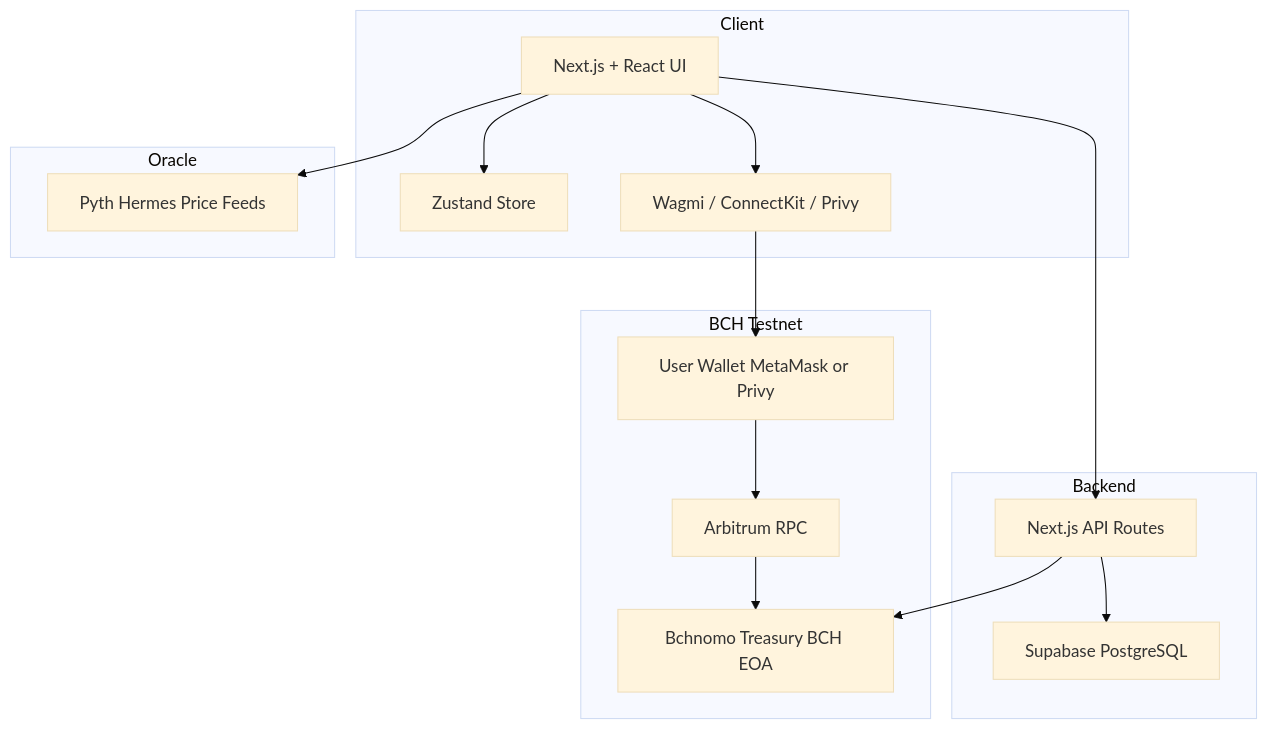
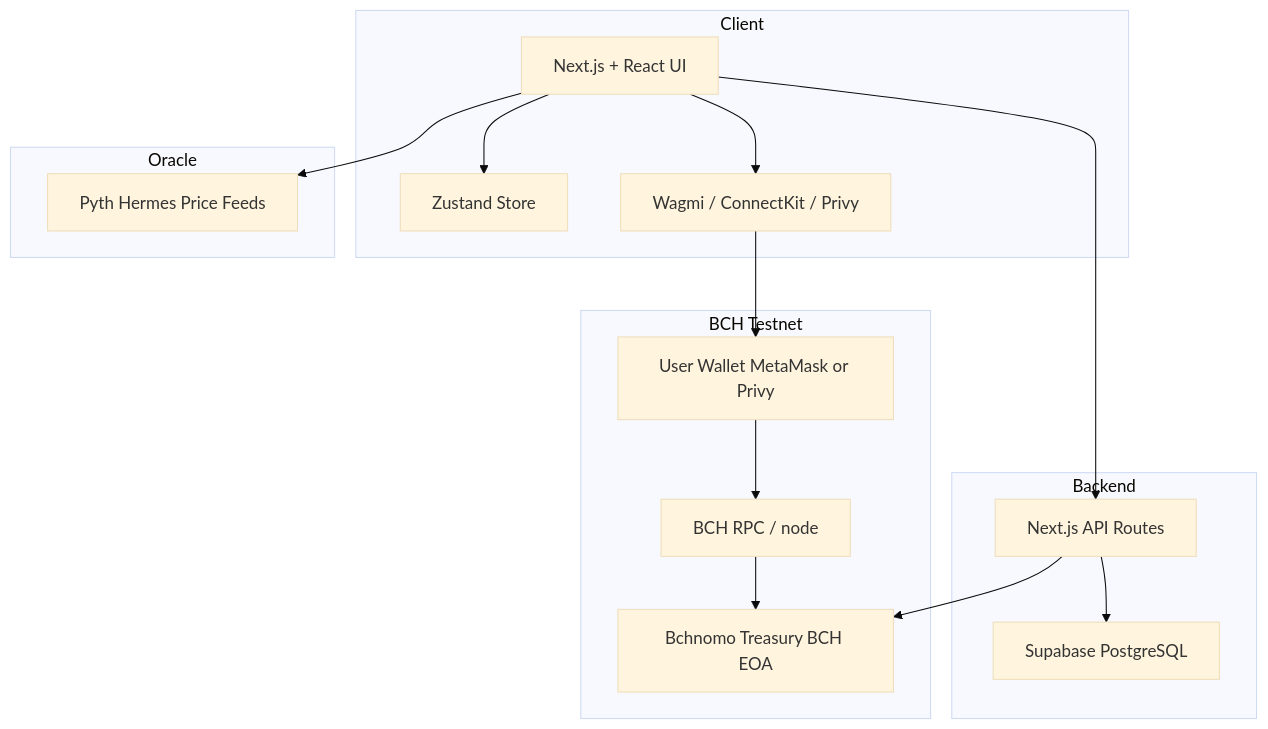
The second of 4 diagrams in README.md (AmaanSayyad/Bchnomo), drawn with Mermaid (base theme) before and after one commit. The commit also changed other lines of this file, not shown here.

````diff
--- a/README.md
+++ b/README.md
@@ -113,33 +110,33 @@
 ```mermaid
 graph TB
     subgraph Client
         UI["Next.js + React UI"]
         Store["Zustand Store"]
         Wallets["Wagmi / ConnectKit / Privy"]
     end
 
     subgraph Oracle
         Pyth["Pyth Hermes Price Feeds"]
     end
 
-    subgraph ArbitrumSepolia["BCH Testnet"]
+    subgraph BCHTestnet["BCH Testnet"]
         UserWallet["User Wallet MetaMask or Privy"]
         Treasury["Bchnomo Treasury BCH EOA"]
-        ArbRPC["Arbitrum RPC"]
+        BchRPC["BCH RPC / node"]
     end
 
     subgraph Backend
         API["Next.js API Routes"]
         DB["Supabase PostgreSQL"]
     end
 
     UI --> Store
     UI --> Wallets
     Wallets --> UserWallet
-    UserWallet --> ArbRPC
-    ArbRPC --> Treasury
+    UserWallet --> BchRPC
+    BchRPC --> Treasury
     UI --> Pyth
     UI --> API
     API --> DB
     API --> Treasury
 ```
````
